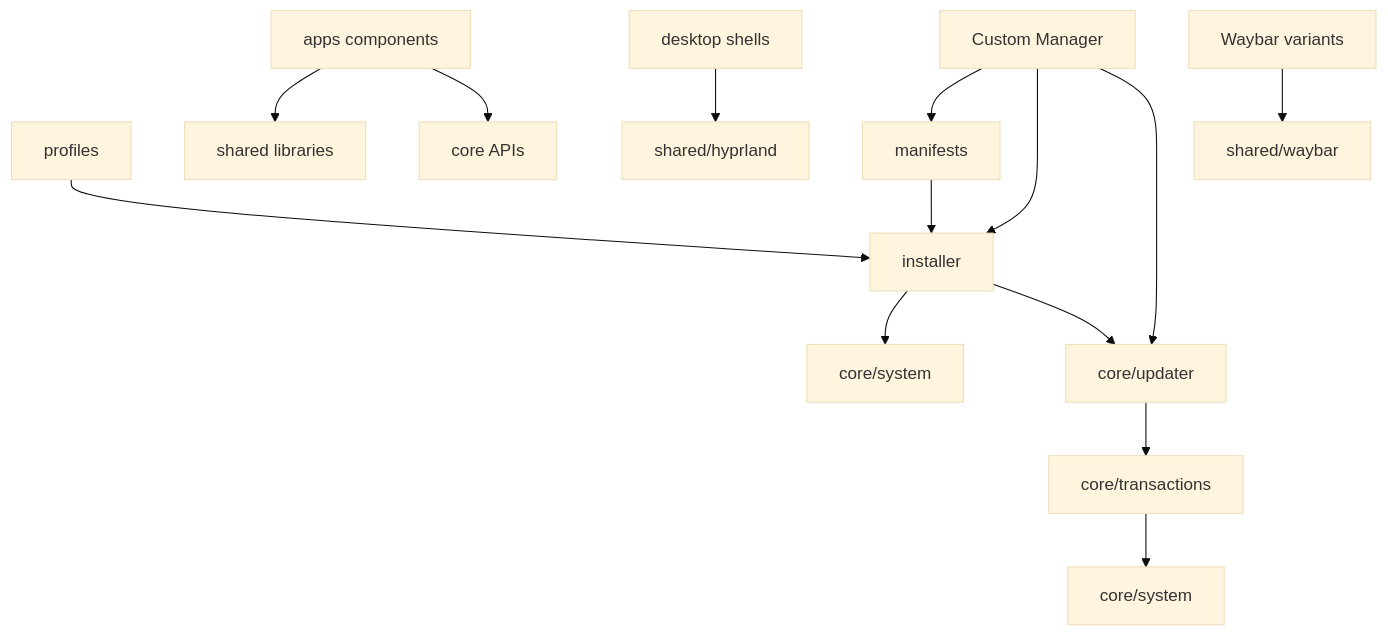
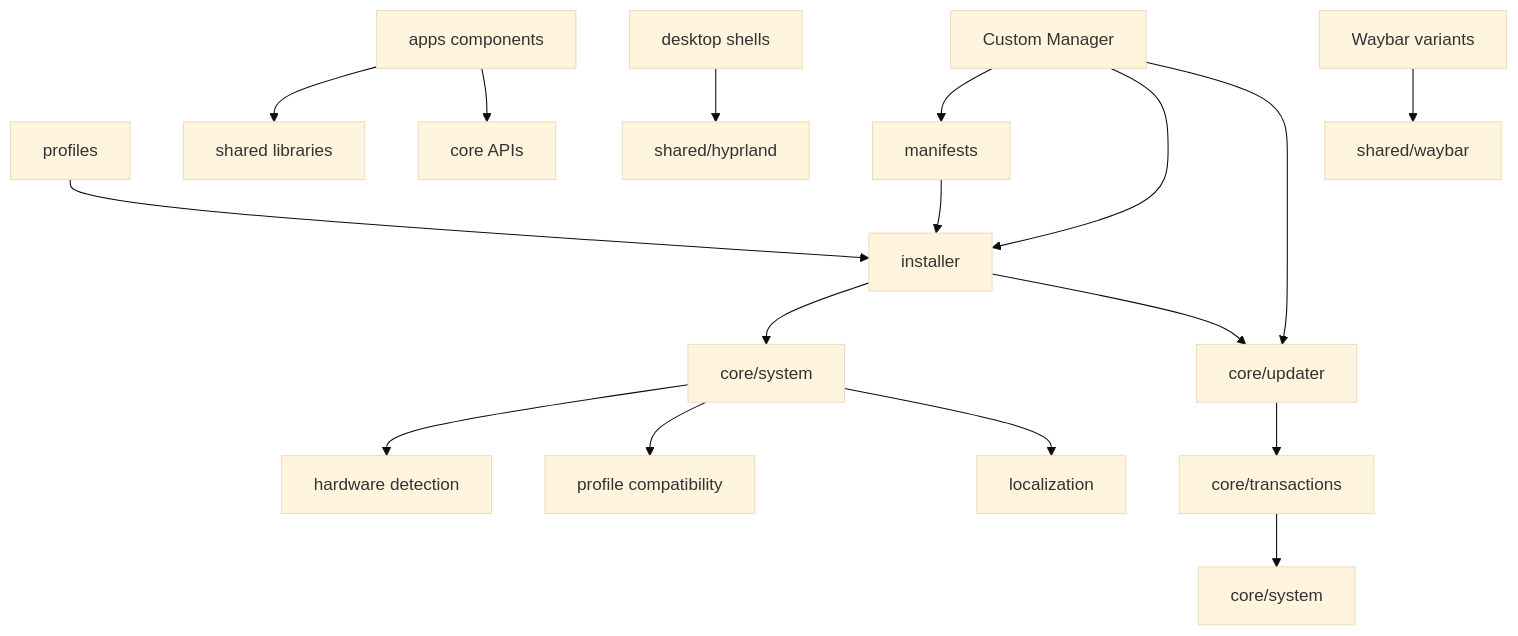
The diagram in docs/architecture/DEPENDENCY_GRAPH.md (kolemm14/Debian-Hyprland-Custom), drawn with Mermaid (base theme) before and after one commit. The commit also changed other lines of this file, not shown here.

Commit message:
docs: update core system dependency and compatibility contracts

````diff
--- a/docs/architecture/DEPENDENCY_GRAPH.md
+++ b/docs/architecture/DEPENDENCY_GRAPH.md
@@ -5,16 +5,19 @@
 ```mermaid
 flowchart TD
   Profiles[profiles] --> Installer[installer]
   Manifests[manifests] --> Installer
   Installer --> CoreSystem[core/system]
+  CoreSystem --> Hardware[hardware detection]
+  CoreSystem --> Compatibility[profile compatibility]
+  CoreSystem --> I18n[localization]
   Installer --> Updater[core/updater]
   Apps[apps components] --> Shared[shared libraries]
   Apps --> Core[core APIs]
   Manager[Custom Manager] --> Manifests
   Manager --> Installer
   Manager --> Updater
   Shells[desktop shells] --> Hypr[shared/hyprland]
   Waybars[Waybar variants] --> WaybarShared[shared/waybar]
   Updater --> Transactions[core/transactions]
   Transactions --> System[core/system]
 ```
````
